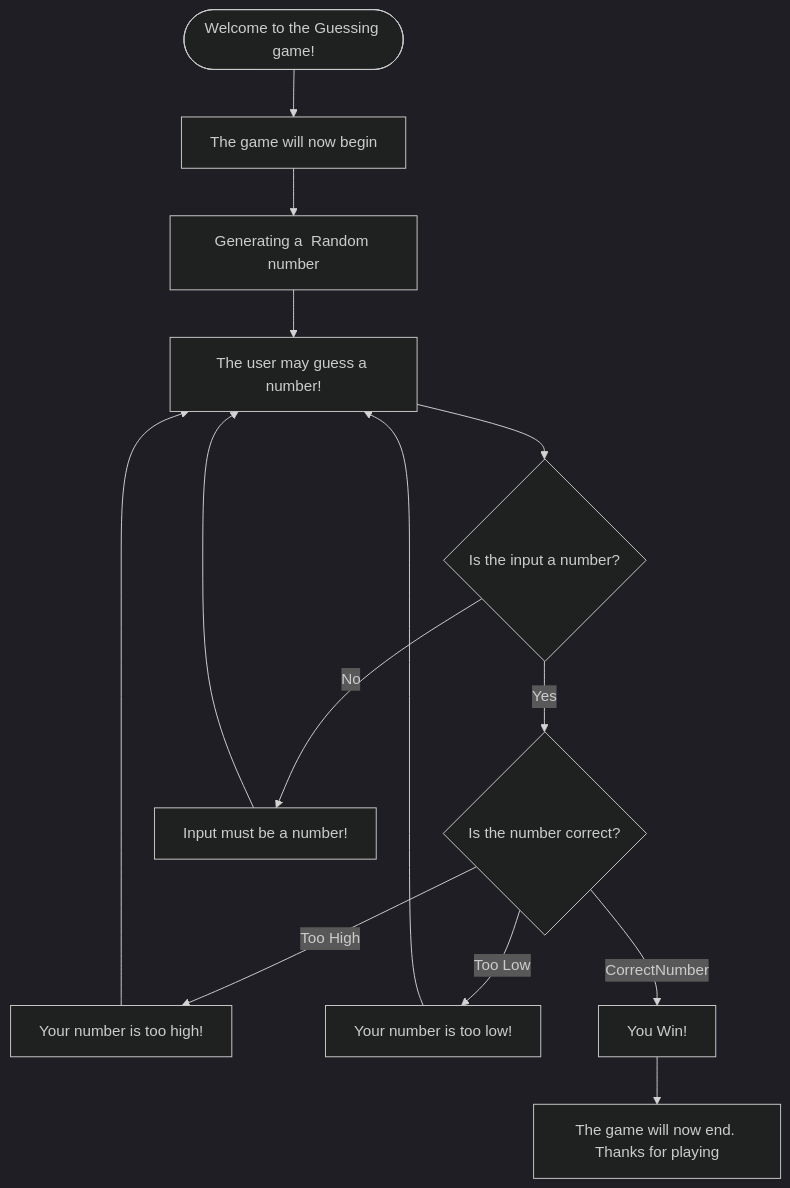
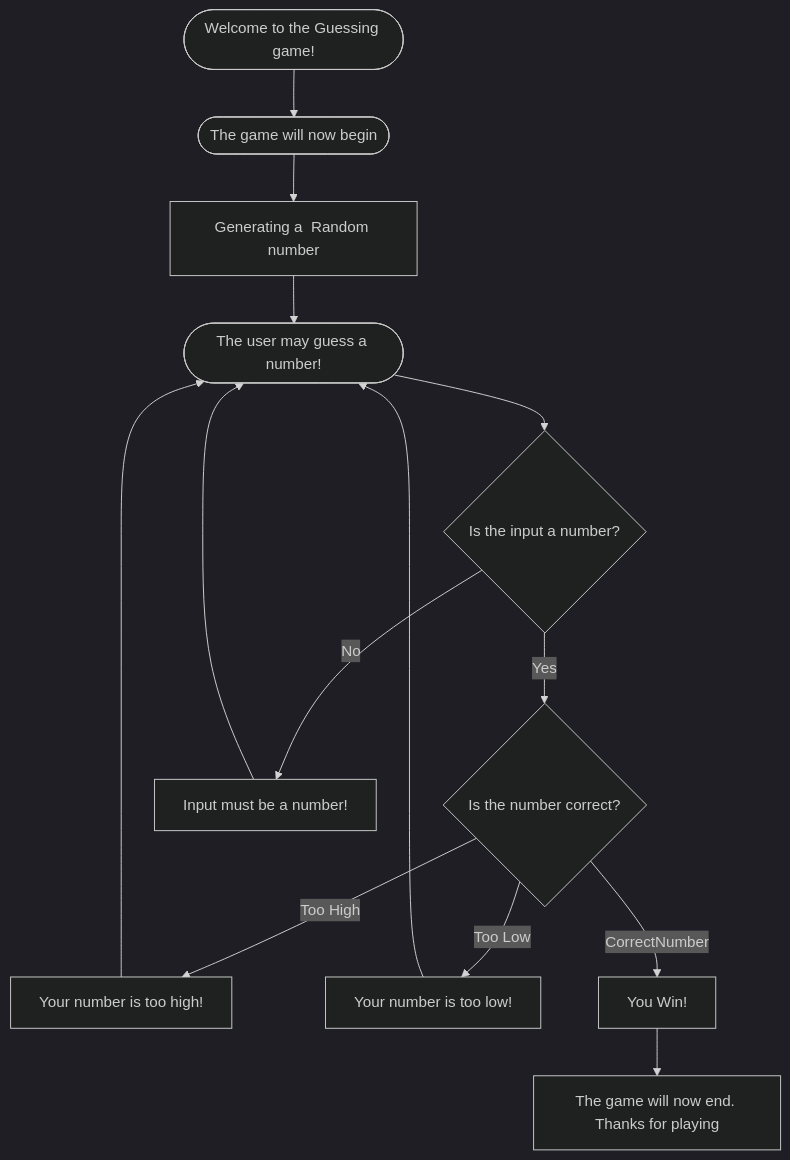
The diagram in Guessing.md (josh-keilder/josh-keilder.github.io), drawn with Mermaid (dark theme) before and after one commit.

````diff
--- a/Guessing.md
+++ b/Guessing.md
@@ -1,18 +1,18 @@
 ```mermaid
 flowchart TD
-  Start([Welcome to the Guessing game!]) --> Begin["The game will now begin"]
+  Start([Welcome to the Guessing game!]) --> Begin(["The game will now begin"])
   Begin --> RandomNumber[Generating a  Random number]
-  RandomNumber --> Input["The user may guess a number!"]
+  RandomNumber --> Input(["The user may guess a number!"])
 
   Input --> IsNumber{Is the input a number?}
 
   
   IsNumber -- Yes --> CheckCorrect{Is the number correct?}
   IsNumber -- No --> Error[Input must be a number!] --> Input
   CheckCorrect -- Too High --> HighNumber[Your number is too high!] --> Input
   CheckCorrect -- Too Low --> LowNumber[Your number is too low!] --> Input
   CheckCorrect -- CorrectNumber --> Win["You Win!"]
   
 
   Win --> End[The game will now end. Thanks for playing]
 ```
````
